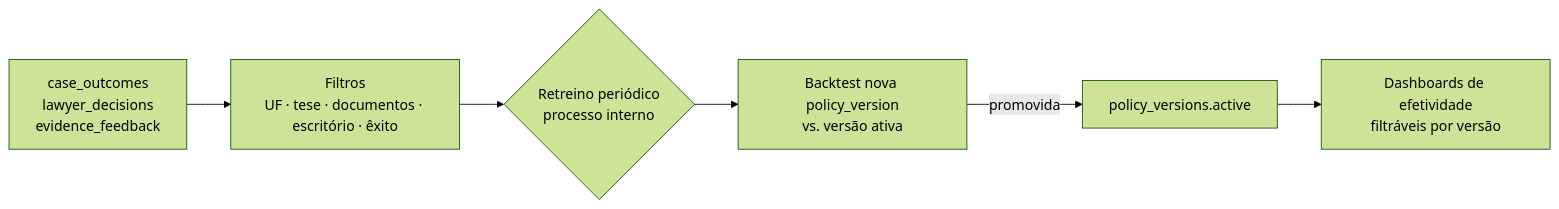
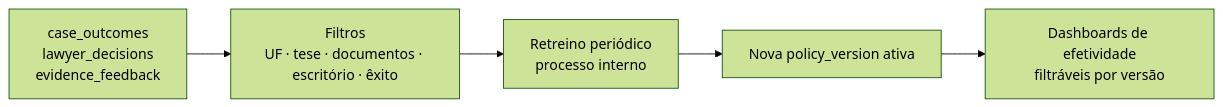
The fourth of 4 diagrams in docs/ARCHITECTURE.md (sll-bruno/hackathon-unicamp-2026), drawn with Mermaid (forest theme) before and after one commit. The commit also changed other lines of this file and 2 other files, not shown here.

First line of the commit message:
docs: remove confidence calibration and backtest from feedback loop

````diff
--- a/docs/ARCHITECTURE.md
+++ b/docs/ARCHITECTURE.md
@@ -266,8 +262,7 @@
 ```mermaid
 flowchart LR
   A[case_outcomes<br/>lawyer_decisions<br/>evidence_feedback] --> B[Filtros<br/>UF · tese · documentos · escritório · êxito]
-  B --> C{Retreino periódico<br/>processo interno}
-  C --> D[Backtest nova policy_version<br/>vs. versão ativa]
-  D -->|promovida| E[policy_versions.active]
+  B --> C[Retreino periódico<br/>processo interno]
+  C --> E[Nova policy_version ativa]
   E --> F[Dashboards de efetividade<br/>filtráveis por versão]
 ```
````
